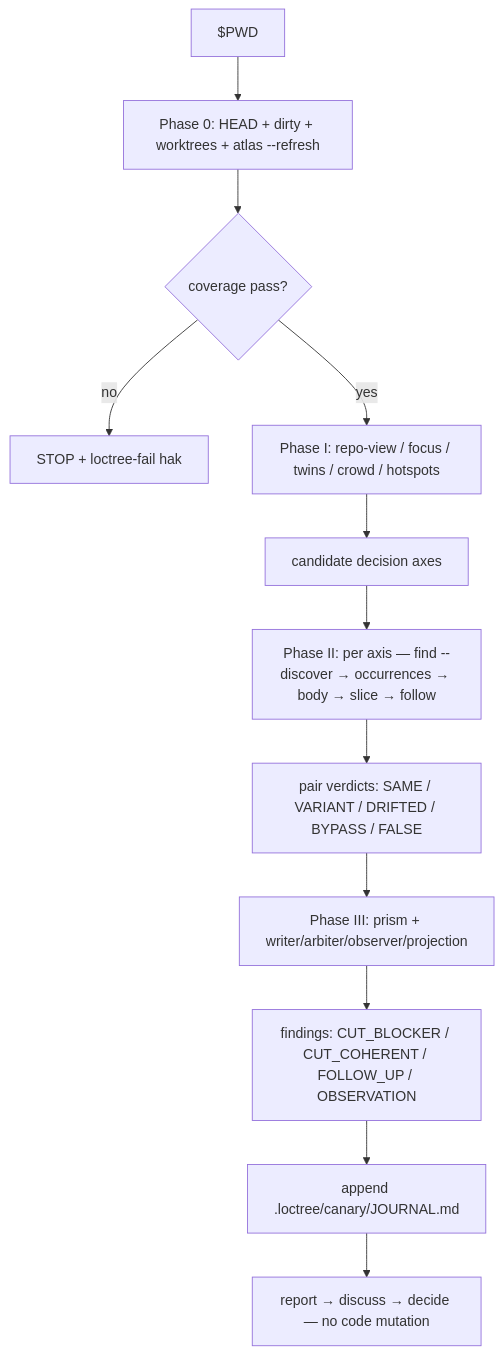
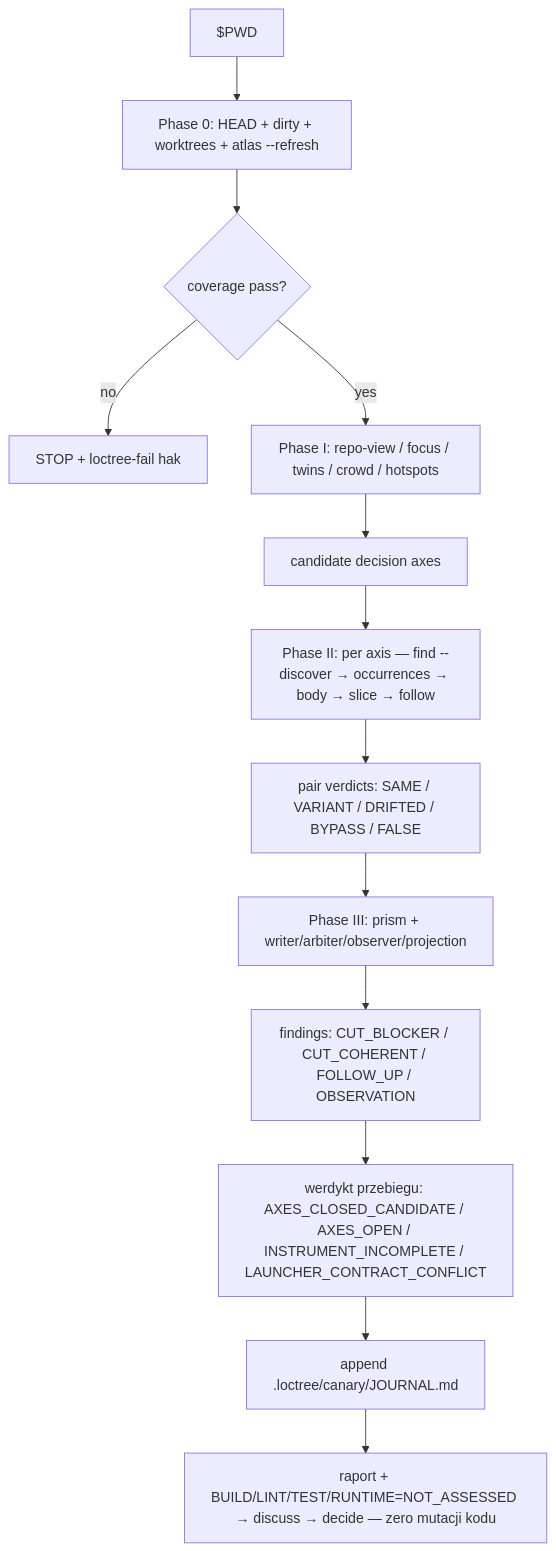
Before and after one commit to VetCoders/vibecrafted: the diagram in vibecrafted-core/vibecrafted_core/skills/pl/vc-canary/FLOW.md, drawn with Mermaid. The commit also changed 5 other files, not shown here.

````diff
--- a/vibecrafted-core/vibecrafted_core/skills/pl/vc-canary/FLOW.md
+++ b/vibecrafted-core/vibecrafted_core/skills/pl/vc-canary/FLOW.md
@@ -3,14 +3,15 @@
 ```mermaid
 flowchart TD
   A[$PWD] --> B[Phase 0: HEAD + dirty + worktrees + atlas --refresh]
   B --> C{coverage pass?}
   C -->|no| D[STOP + loctree-fail hak]
   C -->|yes| E[Phase I: repo-view / focus / twins / crowd / hotspots]
   E --> F[candidate decision axes]
   F --> G[Phase II: per axis — find --discover → occurrences → body → slice → follow]
   G --> H[pair verdicts: SAME / VARIANT / DRIFTED / BYPASS / FALSE]
   H --> I[Phase III: prism + writer/arbiter/observer/projection]
   I --> J[findings: CUT_BLOCKER / CUT_COHERENT / FOLLOW_UP / OBSERVATION]
-  J --> K[append .loctree/canary/JOURNAL.md]
-  K --> L[report → discuss → decide — no code mutation]
+  J --> V[werdykt przebiegu: AXES_CLOSED_CANDIDATE / AXES_OPEN / INSTRUMENT_INCOMPLETE / LAUNCHER_CONTRACT_CONFLICT]
+  V --> K[append .loctree/canary/JOURNAL.md]
+  K --> L[raport + BUILD/LINT/TEST/RUNTIME=NOT_ASSESSED → discuss → decide — zero mutacji kodu]
 ```
````
